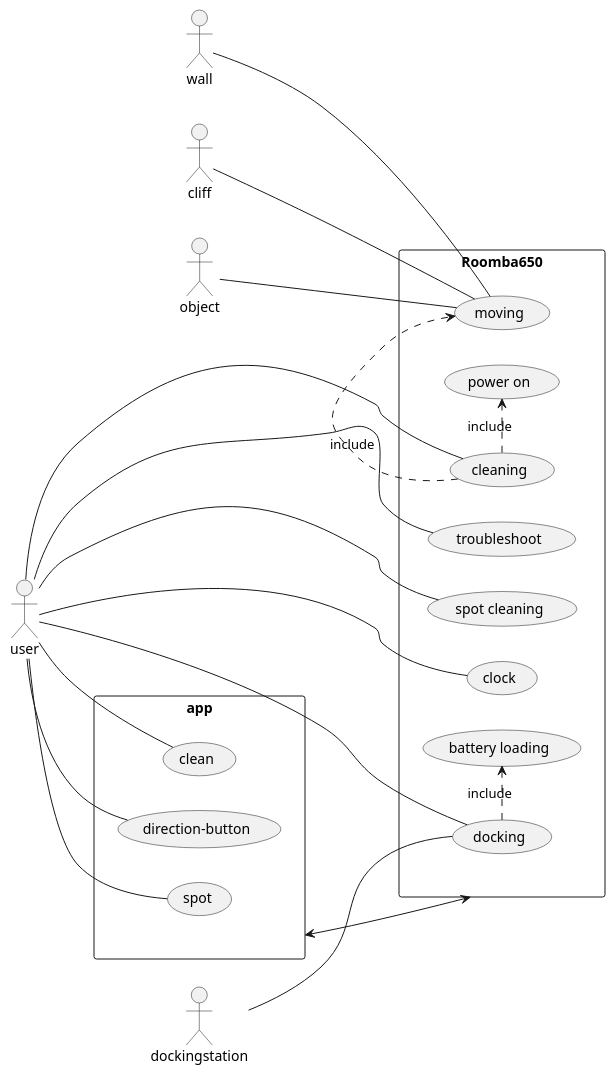
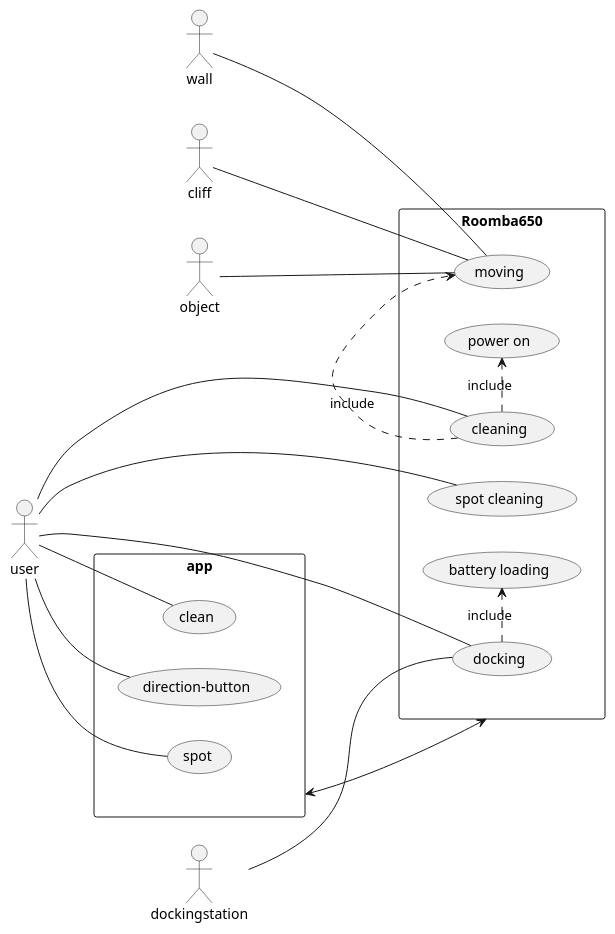
Before and after one commit to VvWijhe/Cleanify: the diagram in UML/use-case.puml, drawn with PlantUML.

```diff
--- a/UML/use-case.puml
+++ b/UML/use-case.puml
@@ -1,44 +1,40 @@
 @startuml
-
 left to right direction
 
 skinparam packageStyle rectangle
 
 actor wall
 actor cliff
 actor object
 actor user
 actor dockingstation
 
 rectangle Roomba650 {
   object -- (moving)
   cliff -- (moving)
   wall -- (moving)
   ' user -- (power on)
-  user -- (troubleshoot)
   user -- (spot cleaning)
   user -- (cleaning)
-  user -- (clock)
   user -- (docking)
 
   dockingstation -- (docking)
 
   (cleaning) .> (power on) : include
 
   (cleaning) .> (moving) : include
   (docking) .> (battery loading) : include
 
  ' (cleaning) .> (spot cleaning) : include
 
   ' (docking) .> (battery loading) : extends
 }
 
 rectangle app {
   user -- (clean)
   user -- (direction-button)
   user -- (spot)
 }
 
 app <--> Roomba650
-
 @enduml
```
